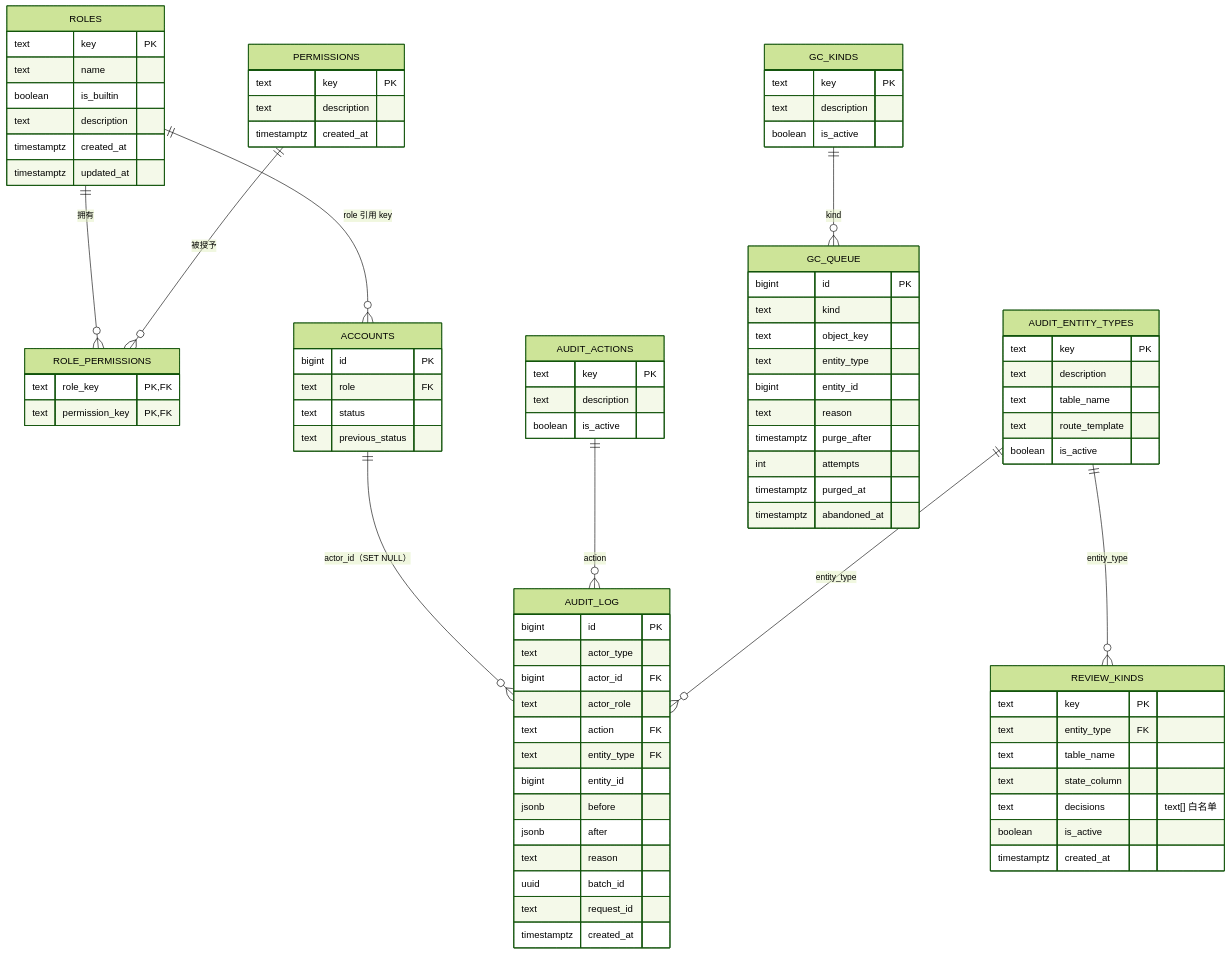
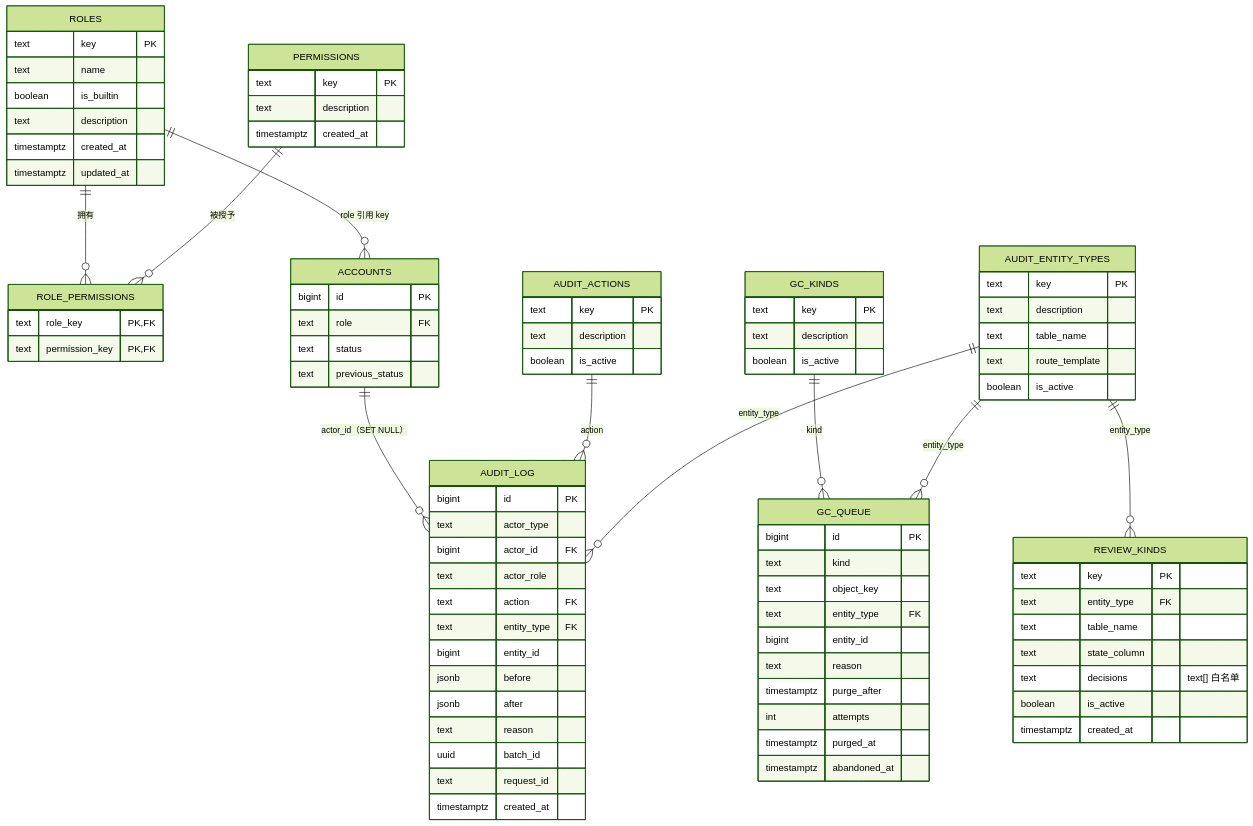
One commit to deepdemos/ds-demos-showcase changed the third of 7 diagrams in docs/治理域设计.md. Above: the diagram before and after it, drawn with Mermaid (forest theme). The commit also changed other lines of this file and 14 other files, not shown here.

````diff
--- a/docs/治理域设计.md
+++ b/docs/治理域设计.md
@@ -577,7 +583,7 @@
         bigint id PK
         text kind
         text object_key
-        text entity_type
+        text entity_type FK
         bigint entity_id
         text reason
         timestamptz purge_after
@@ -608,5 +614,6 @@
     AUDIT_ACTIONS ||--o{ AUDIT_LOG : "action"
     AUDIT_ENTITY_TYPES ||--o{ AUDIT_LOG : "entity_type"
     GC_KINDS ||--o{ GC_QUEUE : "kind"
+    AUDIT_ENTITY_TYPES ||--o{ GC_QUEUE : "entity_type"
     AUDIT_ENTITY_TYPES ||--o{ REVIEW_KINDS : "entity_type"
 ```
````
